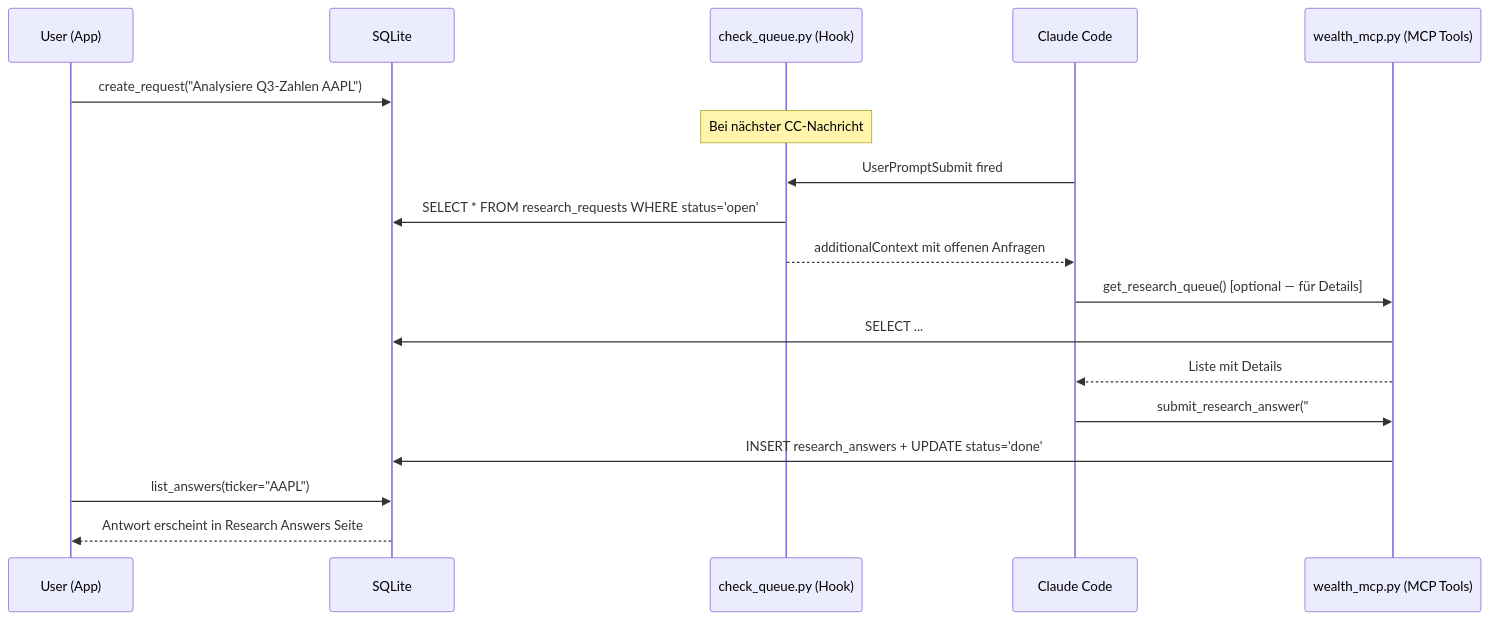
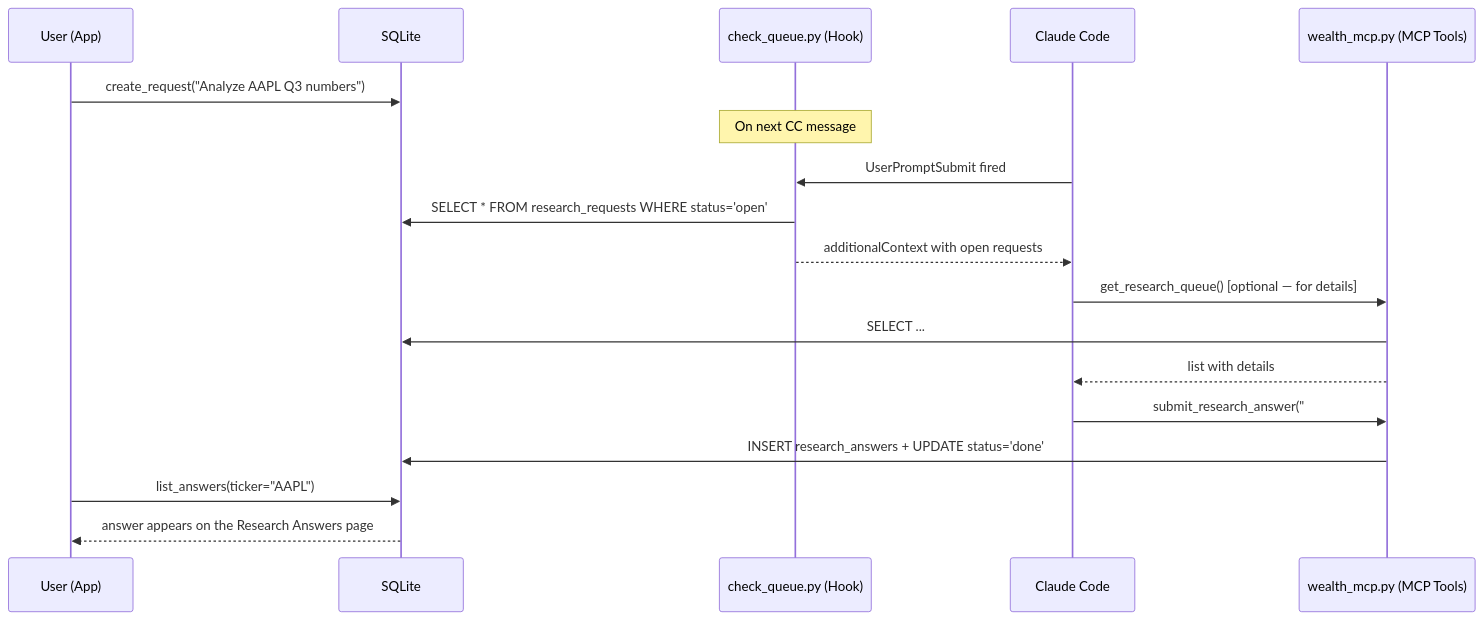
Before and after one commit to esc1899/wealth_management: the third of 3 diagrams in ARCHITECTURE.md, drawn with Mermaid. The commit also changed other lines of this file, not shown here.

First line of the commit message:
docs: ARCHITECTURE.md durchgängig auf Englisch

````diff
--- a/ARCHITECTURE.md
+++ b/ARCHITECTURE.md
@@ -737,21 +737,21 @@
 ```mermaid
 sequenceDiagram
     participant U as User (App)
     participant DB as SQLite
     participant H as check_queue.py (Hook)
     participant CC as Claude Code
     participant T as wealth_mcp.py (MCP Tools)
 
-    U->>DB: create_request("Analysiere Q3-Zahlen AAPL")
-    Note over H: Bei nächster CC-Nachricht
+    U->>DB: create_request("Analyze AAPL Q3 numbers")
+    Note over H: On next CC message
     CC->>H: UserPromptSubmit fired
     H->>DB: SELECT * FROM research_requests WHERE status='open'
-    H-->>CC: additionalContext mit offenen Anfragen
-    CC->>T: get_research_queue() [optional — für Details]
+    H-->>CC: additionalContext with open requests
+    CC->>T: get_research_queue() [optional — for details]
     T->>DB: SELECT ...
-    T-->>CC: Liste mit Details
+    T-->>CC: list with details
     CC->>T: submit_research_answer("## AAPL Q3...", request_id=1)
     T->>DB: INSERT research_answers + UPDATE status='done'
     U->>DB: list_answers(ticker="AAPL")
-    DB-->>U: Antwort erscheint in Research Answers Seite
+    DB-->>U: answer appears on the Research Answers page
 ```
````
